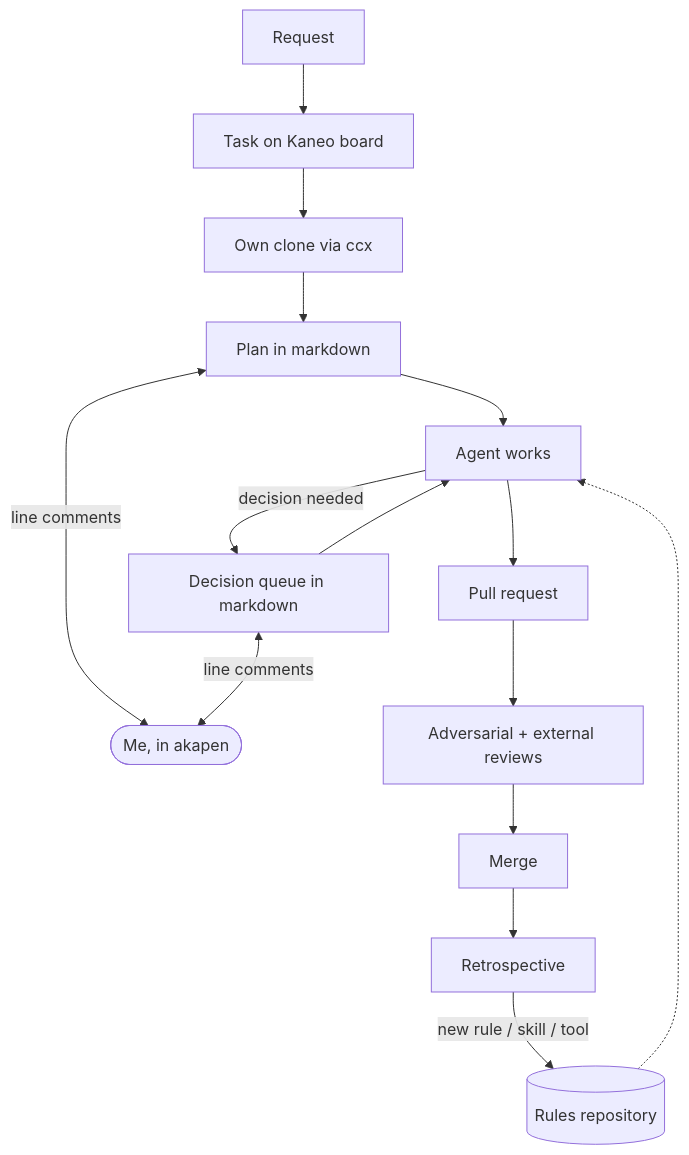
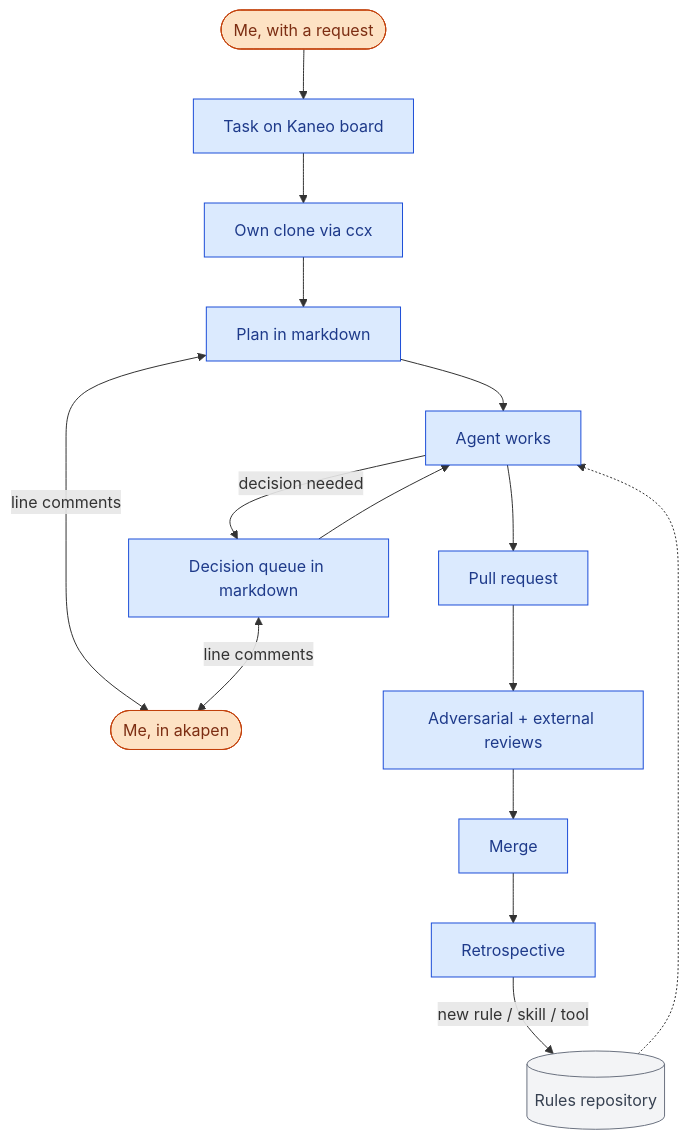
Before and after one commit to TakashiAihara/profile.takashiaihara.site: the diagram in src/pages/workflow.md, drawn with Mermaid. The commit also changed other lines of this file, not shown here.

Commit message:
docs: color diagram nodes by who acts (me vs AI agents)
sid: WH5KIB
Claude-Session: https://claude.ai/code/session_01ToaAV7JAc6DQPwKjMsDghs

```diff
--- a/src/pages/workflow.md
+++ b/src/pages/workflow.md
@@ -12,17 +12,23 @@
 <pre class="mermaid">
 flowchart TD
-  req[Request] --> task[Task on Kaneo board]
+  req([Me, with a request]) --> task[Task on Kaneo board]
   task --> clone[Own clone via ccx]
   clone --> plan[Plan in markdown]
   plan <-->|line comments| me([Me, in akapen])
   plan --> work[Agent works]
   work -->|decision needed| queue[Decision queue in markdown]
   queue <-->|line comments| me
   queue --> work
   work --> pr[Pull request]
   pr --> review[Adversarial + external reviews]
   review --> merge[Merge]
   merge --> retro[Retrospective]
   retro -->|new rule / skill / tool| rules[(Rules repository)]
   rules -.-> work
+  classDef human fill:#fde2c4,stroke:#c2410c,color:#7c2d12
+  classDef agent fill:#dbeafe,stroke:#1d4ed8,color:#1e3a8a
+  classDef store fill:#f3f4f6,stroke:#6b7280,color:#374151
+  class req,me human
+  class task,clone,plan,work,queue,pr,review,merge,retro agent
+  class rules store
 </pre>
```
